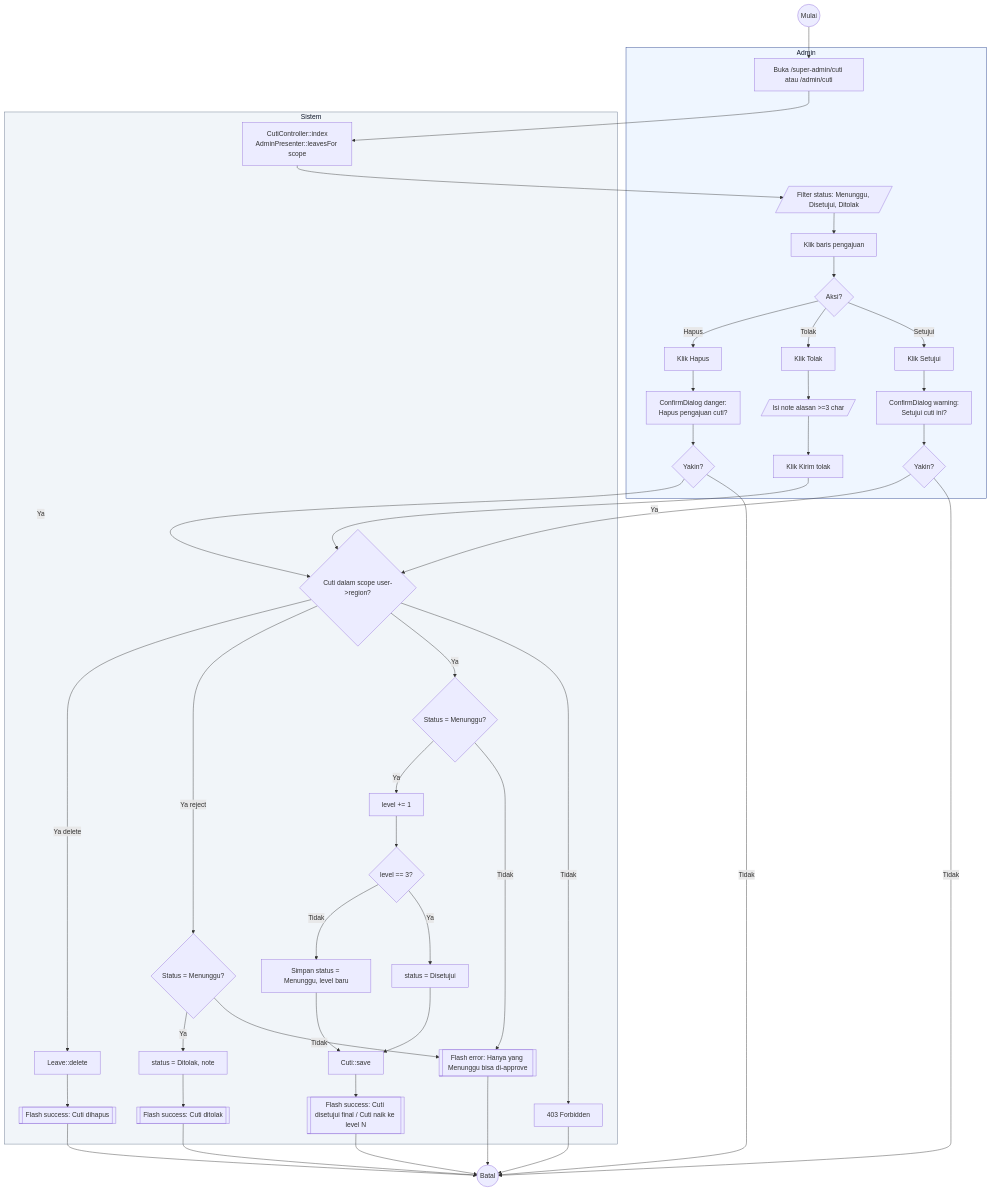
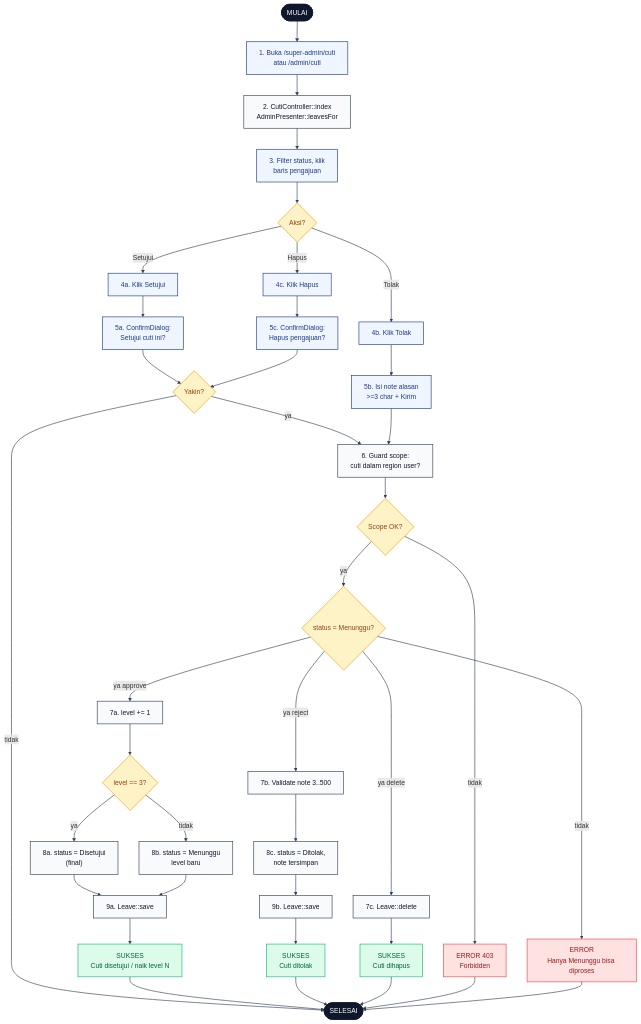
One commit to radacore/absensi-pu changed the second of 2 diagrams in docs/activity-diagrams/12-cuti-approval-3-level.md. Above: the diagram before and after it, drawn with Mermaid. The commit also changed other lines of this file and 22 other files, not shown here.

First line of the commit message:
docs(diagram): terapkan pola mermaid flowchart TD ke 23 diagram sisanya

````diff
--- a/docs/activity-diagrams/12-cuti-approval-3-level.md
+++ b/docs/activity-diagrams/12-cuti-approval-3-level.md
@@ -27,84 +72,99 @@
 ```mermaid
 flowchart TD
-    Start((Mulai)) --> A1
+    START([MULAI]):::se
 
-    subgraph Admin[Admin]
-        A1[Buka /super-admin/cuti atau /admin/cuti]
-        A2[/Filter status: Menunggu, Disetujui, Ditolak/]
-        A3[Klik baris pengajuan]
-        A4{Aksi?}
-        A5[Klik Setujui]
-        A6[ConfirmDialog warning:<br/>Setujui cuti ini?]
-        A7{Yakin?}
-        A8[Klik Tolak]
-        A9[/Isi note alasan >=3 char/]
-        A10[Klik Kirim tolak]
-        A11[Klik Hapus]
-        A12[ConfirmDialog danger:<br/>Hapus pengajuan cuti?]
-        A13{Yakin?}
-    end
+    A1["1. Buka /super-admin/cuti<br/>atau /admin/cuti"]:::user
+    S1["2. CutiController::index<br/>AdminPresenter::leavesFor"]:::sys
+    A2["3. Filter status, klik<br/>baris pengajuan"]:::user
+    D1{"Aksi?"}:::dec
 
-    subgraph Sistem[Sistem]
-        S1[CutiController::index<br/>AdminPresenter::leavesFor scope]
-        S2{Cuti dalam scope user->region?}
-        S3[403 Forbidden]
-        S4{Status = Menunggu?}
-        S5[[Flash error: Hanya yang Menunggu bisa di-approve]]
-        S6[level += 1]
-        S7{level == 3?}
-        S8[status = Disetujui]
-        S9[Simpan status = Menunggu, level baru]
-        S10[Cuti::save]
-        S11[[Flash success: Cuti disetujui final / Cuti naik ke level N]]
-        S12{Status = Menunggu?}
-        S13[status = Ditolak, note]
-        S14[[Flash success: Cuti ditolak]]
-        S15[Leave::delete]
-        S16[[Flash success: Cuti dihapus]]
-    end
+    A3a["4a. Klik Setujui"]:::user
+    A3b["4b. Klik Tolak"]:::user
+    A3c["4c. Klik Hapus"]:::user
 
+    A4a["5a. ConfirmDialog:<br/>Setujui cuti ini?"]:::user
+    A4b["5b. Isi note alasan<br/>>=3 char + Kirim"]:::user
+    A4c["5c. ConfirmDialog:<br/>Hapus pengajuan?"]:::user
+
+    D2{"Yakin?"}:::dec
+
+    S2["6. Guard scope:<br/>cuti dalam region user?"]:::sys
+    D3{"Scope OK?"}:::dec
+    E1["ERROR 403<br/>Forbidden"]:::err
+
+    D4{"status = Menunggu?"}:::dec
+    E2["ERROR<br/>Hanya Menunggu bisa diproses"]:::err
+
+    S3a["7a. level += 1"]:::sys
+    D5{"level == 3?"}:::dec
+    S4a["8a. status = Disetujui<br/>(final)"]:::sys
+    S4b["8b. status = Menunggu<br/>level baru"]:::sys
+    S5a["9a. Leave::save"]:::sys
+    OK1["SUKSES<br/>Cuti disetujui / naik level N"]:::ok
+
+    S3b["7b. Validate note 3..500"]:::sys
+    S4c["8c. status = Ditolak,<br/>note tersimpan"]:::sys
+    S5b["9b. Leave::save"]:::sys
+    OK2["SUKSES<br/>Cuti ditolak"]:::ok
+
+    S3c["7c. Leave::delete"]:::sys
+    OK3["SUKSES<br/>Cuti dihapus"]:::ok
+
+    END([SELESAI]):::se
+
+    START --> A1
     A1 --> S1
     S1 --> A2
-    A2 --> A3
-    A3 --> A4
-    A4 -->|Setujui| A5
-    A5 --> A6
-    A6 --> A7
-    A7 -->|Tidak| End((Batal))
-    A7 -->|Ya| S2
-    S2 -->|Tidak| S3
-    S2 -->|Ya| S4
-    S4 -->|Tidak| S5
-    S4 -->|Ya| S6
-    S6 --> S7
-    S7 -->|Ya| S8
-    S7 -->|Tidak| S9
-    S8 --> S10
-    S9 --> S10
-    S10 --> S11
-    S11 --> End
-    A4 -->|Tolak| A8
-    A8 --> A9
-    A9 --> A10
-    A10 --> S2
-    S2 -->|Ya reject| S12
-    S12 -->|Tidak| S5
-    S12 -->|Ya| S13
-    S13 --> S14
-    S14 --> End
-    A4 -->|Hapus| A11
-    A11 --> A12
-    A12 --> A13
-    A13 -->|Tidak| End
-    A13 -->|Ya| S2
-    S2 -->|Ya delete| S15
-    S15 --> S16
-    S16 --> End
-    S3 --> End
-    S5 --> End
+    A2 --> D1
 
-    classDef actor fill:#EFF6FF,stroke:#1E3A8A,stroke-width:1px,color:#0F172A
-    classDef system fill:#F1F5F9,stroke:#64748B,stroke-width:1px,color:#0F172A
-    class Admin actor
-    class Sistem system
+    D1 -->|Setujui| A3a
+    A3a --> A4a
+    A4a --> D2
+    D2 -->|tidak| END
+
+    D1 -->|Tolak| A3b
+    A3b --> A4b
+
+    D1 -->|Hapus| A3c
+    A3c --> A4c
+    A4c --> D2
+
+    D2 -->|ya| S2
+    A4b --> S2
+
+    S2 --> D3
+    D3 -->|tidak| E1
+    D3 -->|ya| D4
+    D4 -->|tidak| E2
+
+    D4 -->|ya approve| S3a
+    S3a --> D5
+    D5 -->|ya| S4a
+    D5 -->|tidak| S4b
+    S4a --> S5a
+    S4b --> S5a
+    S5a --> OK1
+
+    D4 -->|ya reject| S3b
+    S3b --> S4c
+    S4c --> S5b
+    S5b --> OK2
+
+    D4 -->|ya delete| S3c
+    S3c --> OK3
+
+    OK1 --> END
+    OK2 --> END
+    OK3 --> END
+    E1 --> END
+    E2 --> END
+
+    classDef se fill:#0F172A,stroke:#0F172A,color:#fff,stroke-width:2px
+    classDef user fill:#EFF6FF,stroke:#1E3A8A,color:#1E3A8A,stroke-width:1.5px
+    classDef sys fill:#F8FAFC,stroke:#334155,color:#0F172A,stroke-width:1.5px
+    classDef dec fill:#FEF3C7,stroke:#F59E0B,color:#92400E,stroke-width:1.5px
+    classDef err fill:#FEE2E2,stroke:#EF4444,color:#991B1B,stroke-width:1.5px
+    classDef ok fill:#DCFCE7,stroke:#10B981,color:#065F46,stroke-width:1.5px
+
+    linkStyle default stroke:#334155,stroke-width:1.5px
 ```
````
